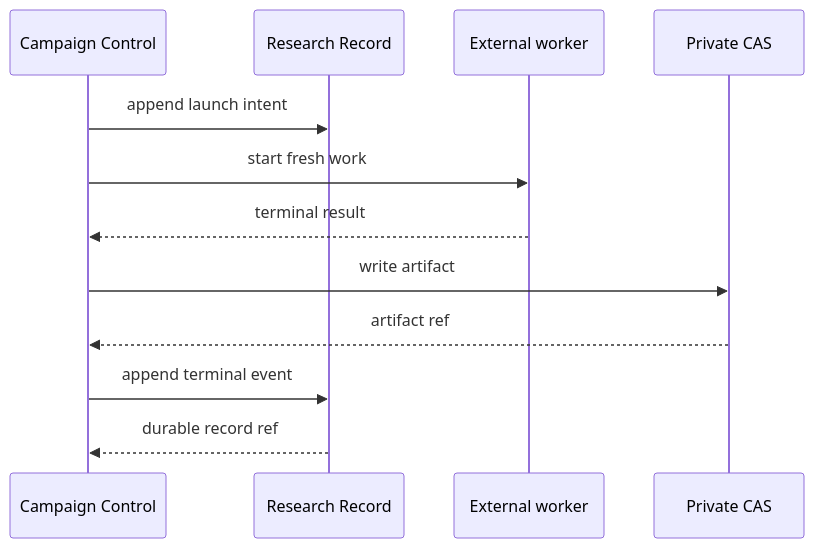
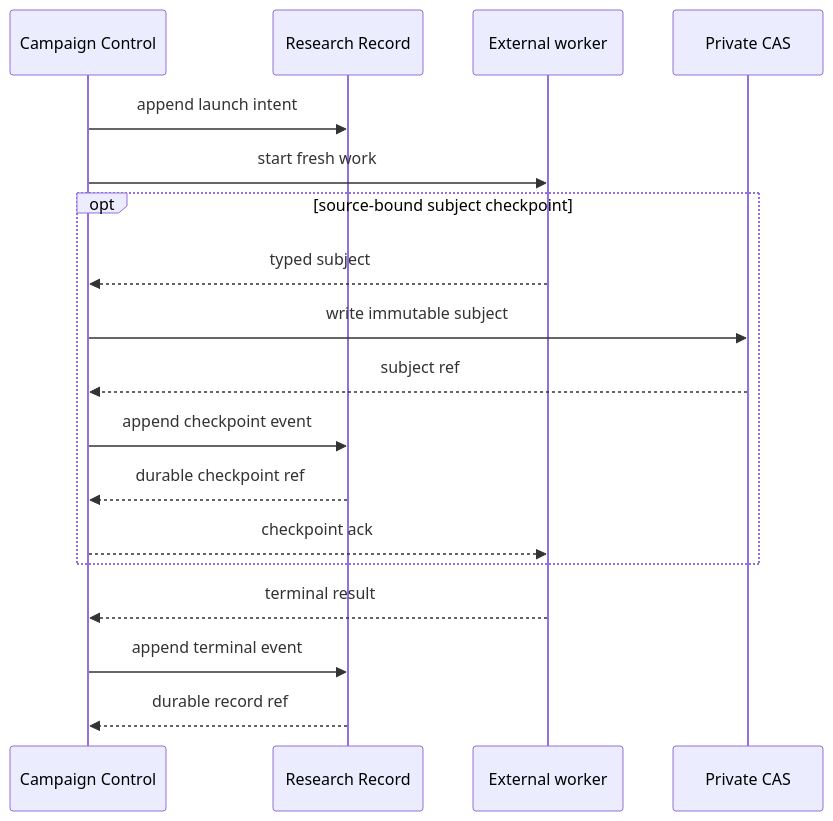
One commit to momoponwork1415-lgtm/wordpress-harness changed the third of 4 diagrams in docs/design/campaign-execution-seam.md. Above: the diagram before and after it, drawn with Mermaid. The commit also changed other lines of this file and 100 other files, not shown here.

````diff
--- a/docs/design/campaign-execution-seam.md
+++ b/docs/design/campaign-execution-seam.md
@@ -82,15 +127,21 @@
 ```mermaid
 sequenceDiagram
     participant CC as Campaign Control
     participant RR as Research Record
     participant EX as External worker
     participant CAS as Private CAS
 
     CC->>RR: append launch intent
     CC->>EX: start fresh work
+    opt source-bound subject checkpoint
+        EX-->>CC: typed subject
+        CC->>CAS: write immutable subject
+        CAS-->>CC: subject ref
+        CC->>RR: append checkpoint event
+        RR-->>CC: durable checkpoint ref
+        CC-->>EX: checkpoint ack
+    end
     EX-->>CC: terminal result
-    CC->>CAS: write artifact
-    CAS-->>CC: artifact ref
     CC->>RR: append terminal event
     RR-->>CC: durable record ref
 ```
````
